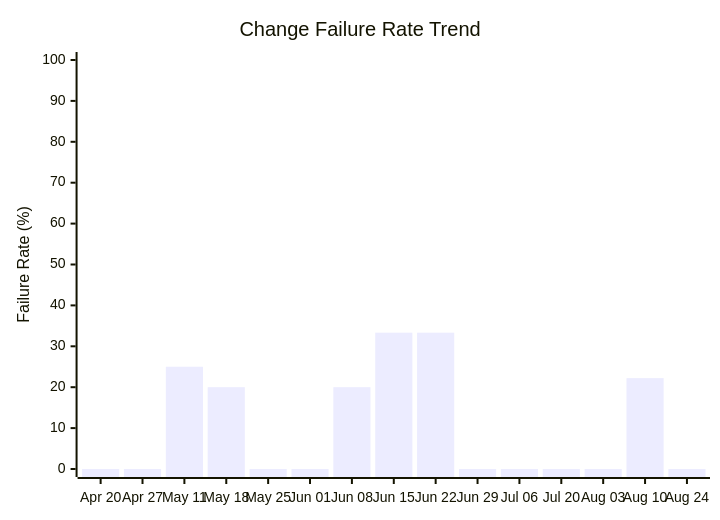
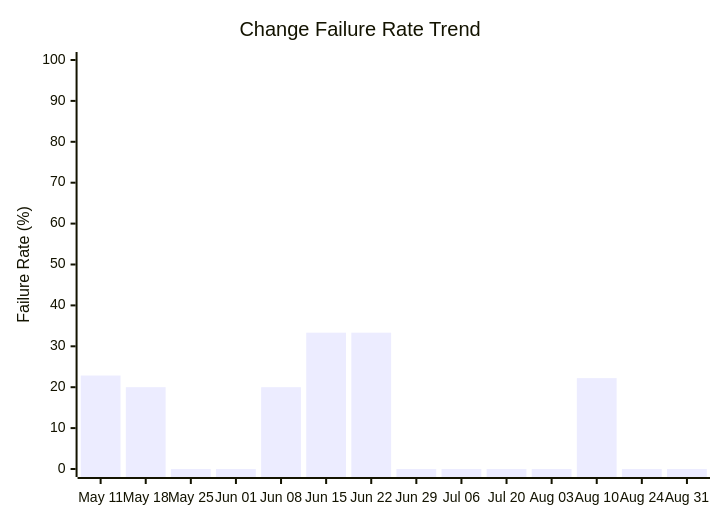
Before and after one commit to ukma-cs-ssdm-2025/rate-ukma: the fourth of 4 diagrams in docs/ci-cd/dora-summary.md, drawn with Mermaid. The commit also changed other lines of this file, not shown here.

````diff
--- a/docs/ci-cd/dora-summary.md
+++ b/docs/ci-cd/dora-summary.md
@@ -73,7 +72,7 @@
 ```mermaid
 xychart-beta
     title "Change Failure Rate Trend"
-    x-axis ["Apr 20", "Apr 27", "May 11", "May 18", "May 25", "Jun 01", "Jun 08", "Jun 15", "Jun 22", "Jun 29", "Jul 06", "Jul 20", "Aug 03", "Aug 10", "Aug 24"]
+    x-axis ["May 11", "May 18", "May 25", "Jun 01", "Jun 08", "Jun 15", "Jun 22", "Jun 29", "Jul 06", "Jul 20", "Aug 03", "Aug 10", "Aug 24", "Aug 31"]
     y-axis "Failure Rate (%)" 0 --> 100
-    bar [0.00, 0.00, 25.00, 20.00, 0.00, 0.00, 20.00, 33.33, 33.33, 0.00, 0.00, 0.00, 0.00, 22.22, 0.00]
+    bar [22.86, 20.00, 0.00, 0.00, 20.00, 33.33, 33.33, 0.00, 0.00, 0.00, 0.00, 22.22, 0.00, 0.00]
 ```
````
